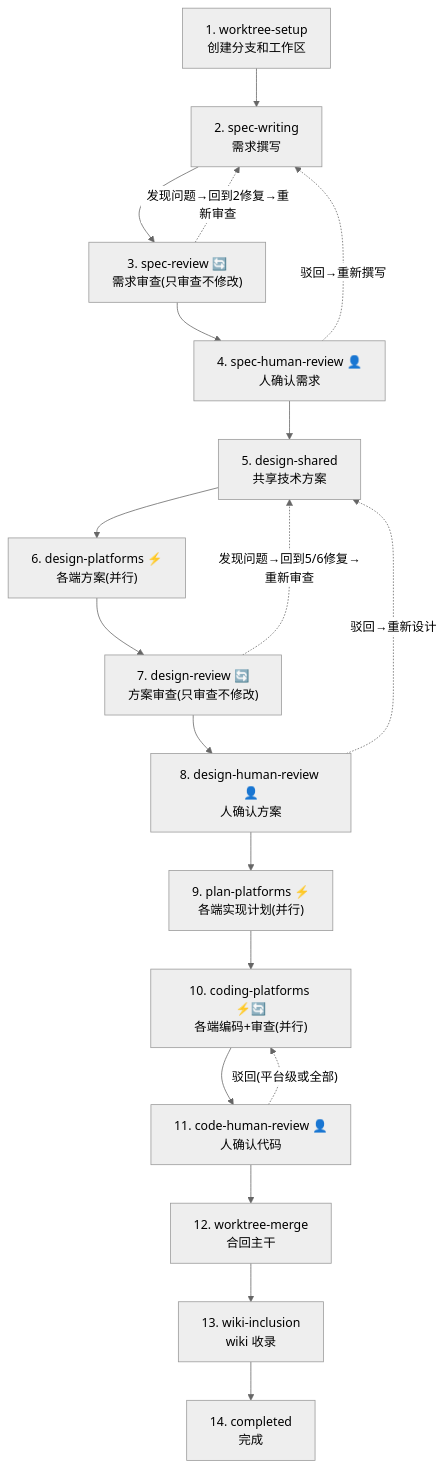
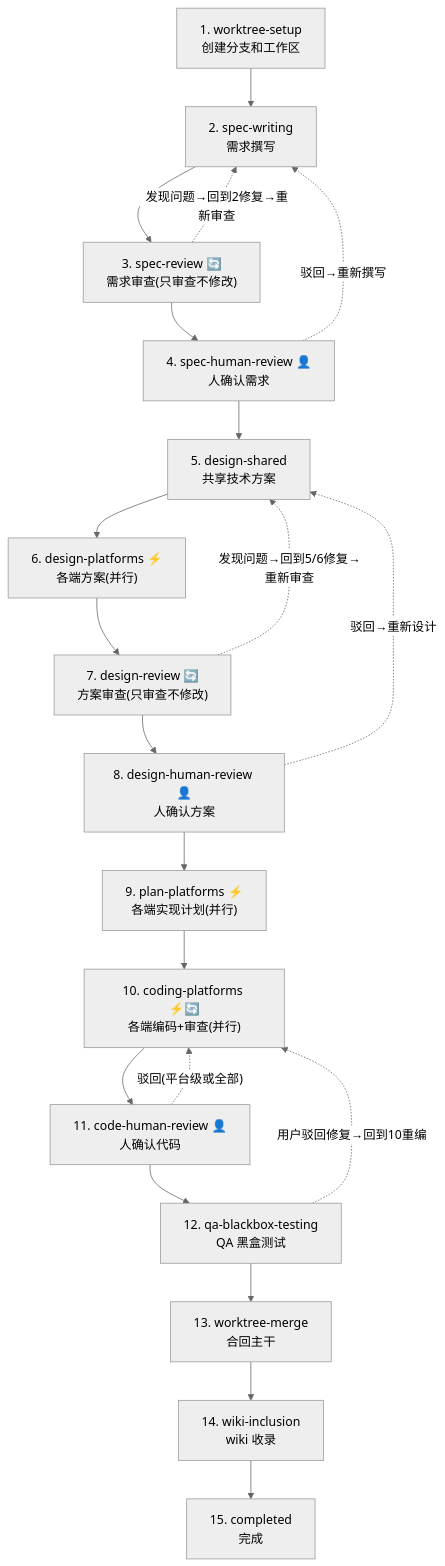
The diagram in .claude/skills/feature-workflow/SKILL.md (djs66256/fork-any-application), drawn with Mermaid (neutral theme) before and after one commit. The commit also changed other lines of this file and 4 other files, not shown here.

First line of the commit message:
feat(feature-workflow): add qa-blackbox-testing stage (12) between code-human-review and worktree-merge

````diff
--- a/.claude/skills/feature-workflow/SKILL.md
+++ b/.claude/skills/feature-workflow/SKILL.md
@@ -45,22 +46,24 @@
 ```mermaid
 flowchart TD
     A["1. worktree-setup<br/>创建分支和工作区"] --> B["2. spec-writing<br/>需求撰写"]
     B --> C["3. spec-review 🔄<br/>需求审查(只审查不修改)"]
     C -. "发现问题→回到2修复→重新审查" .-> B
     C --> D["4. spec-human-review 👤<br/>人确认需求"]
     D --> E["5. design-shared<br/>共享技术方案"]
     E --> F["6. design-platforms ⚡<br/>各端方案(并行)"]
     F --> G["7. design-review 🔄<br/>方案审查(只审查不修改)"]
     G -. "发现问题→回到5/6修复→重新审查" .-> E
     G --> H["8. design-human-review 👤<br/>人确认方案"]
     H --> I["9. plan-platforms ⚡<br/>各端实现计划(并行)"]
     I --> J["10. coding-platforms ⚡🔄<br/>各端编码+审查(并行)"]
     J --> K["11. code-human-review 👤<br/>人确认代码"]
-    K --> L["12. worktree-merge<br/>合回主干"]
-    L --> M["13. wiki-inclusion<br/>wiki 收录"]
-    M --> N["14. completed<br/>完成"]
+    K --> L["12. qa-blackbox-testing<br/>QA 黑盒测试"]
+    L -. "用户驳回修复→回到10重编" .-> J
+    L --> M["13. worktree-merge<br/>合回主干"]
+    M --> N["14. wiki-inclusion<br/>wiki 收录"]
+    N --> O["15. completed<br/>完成"]
 
     D -. "驳回→重新撰写" .-> B
     H -. "驳回→重新设计" .-> E
     K -. "驳回(平台级或全部)" .-> J
 ```
````
